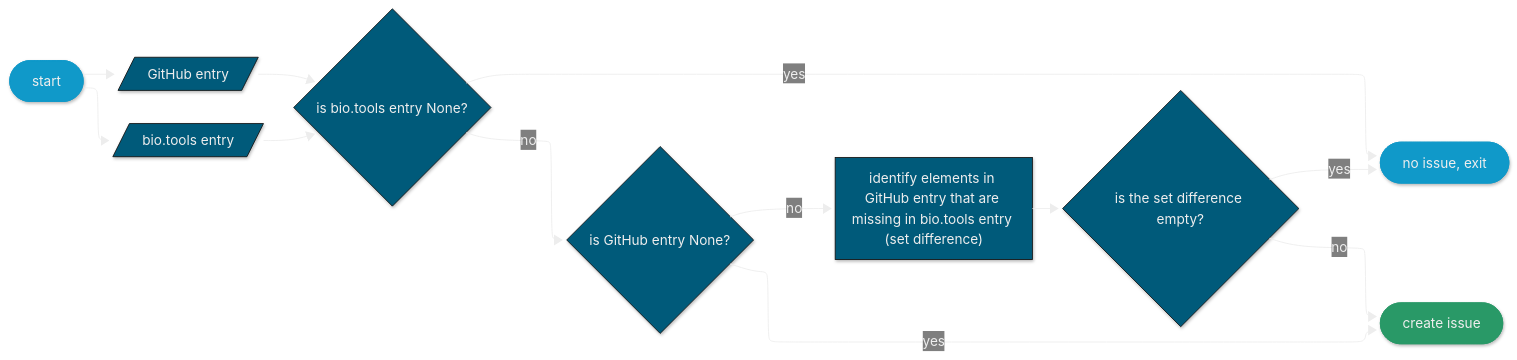
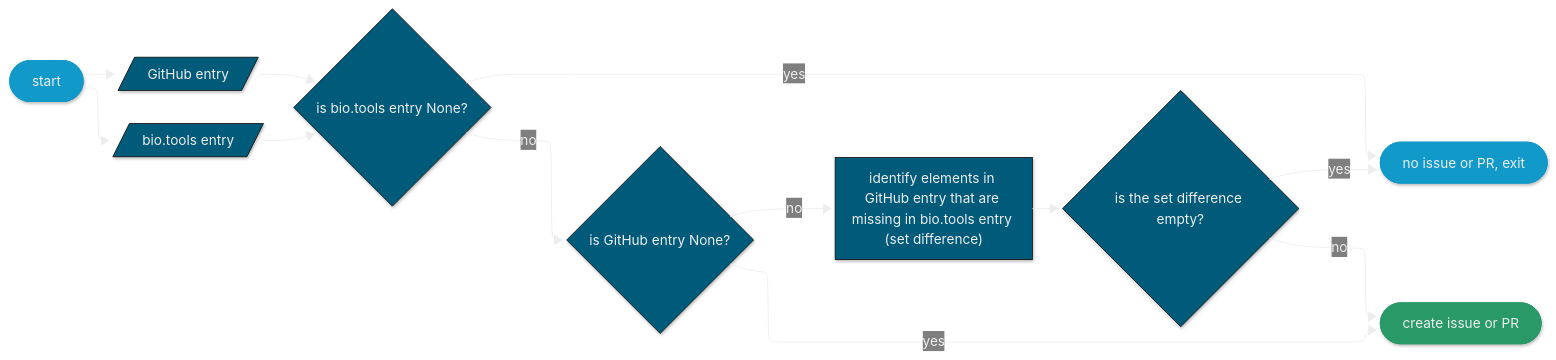
The diagram in docs/source/api_reference/diagrams/bt2gh/policy-bt-ontop-gh.mmd (bio-tools/biohackathon2025), drawn with Mermaid before and after one commit. The commit also changed 2 other files, not shown here.

Commit message:
doc: let policy decide both issue and pr creation

```diff
--- a/docs/source/api_reference/diagrams/bt2gh/policy-bt-ontop-gh.mmd
+++ b/docs/source/api_reference/diagrams/bt2gh/policy-bt-ontop-gh.mmd
@@ -1,43 +1,43 @@
 ---
 config:
   theme: base
   look: neo
   layout: elk
   elk:
     nodePlacementStrategy: NETWORK_SIMPLEX
   themeVariables:
     darkMode: true
     background: "#121212"
     primaryColor: "#005a7a"
     primaryBorderColor: "#121212"
     secondaryBorderColor:  "#121212"
     edgeLabelBackground: transparent
     labelTextColor: "#5DD3FC"
     clusterBkg: transparent
     clusterBorder: "#5DD3FC"
     noteBkgColor: "#F47D22"
     noteBorderColor: "#F47D22"
     noteTextColor: "#fff"
 ---
 flowchart LR
     classDef notestyle fill:#F47D22
     classDef notestyle stroke:#F47D22
     classDef terminal fill:#1099c9
     classDef terminal stroke:#1099c9
     classDef success fill:#299967
     classDef success stroke:#299967
 
     start([start]):::terminal
-    nochange([no issue, exit]):::terminal
+    nochange([no issue or PR, exit]):::terminal
     gh[/GitHub entry/]
     bt[/bio.tools entry/]
 
     start --> gh & bt
     gh & bt --> bt_check{is bio.tools entry None?}
     bt_check -->|yes| nochange
     bt_check -->|no| gh_check{is GitHub entry None?}
-    gh_check -->|yes| return([create issue]):::success
+    gh_check -->|yes| return([create issue or PR]):::success
     gh_check -->|no| diff["identify elements in GitHub entry that are missing in bio.tools entry (set difference)"]
     diff --> check_diff{is the set difference empty?}
     check_diff -->|yes| nochange
     check_diff -->|no| return
```
